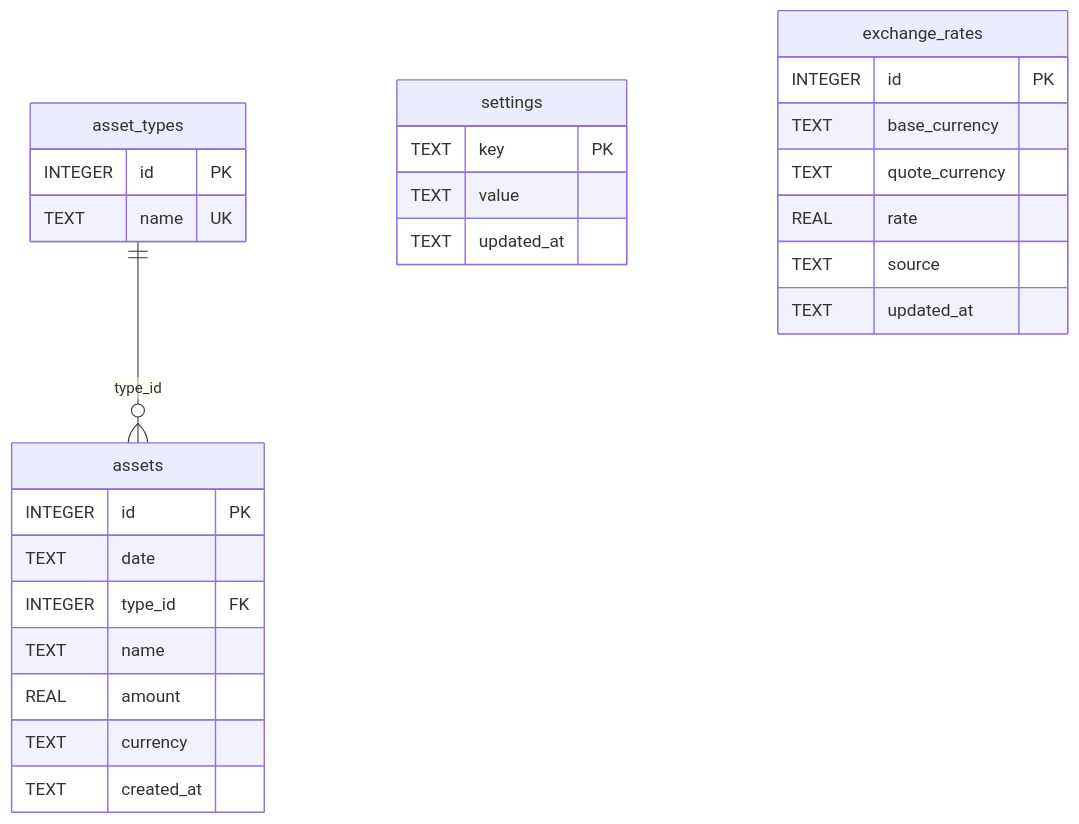
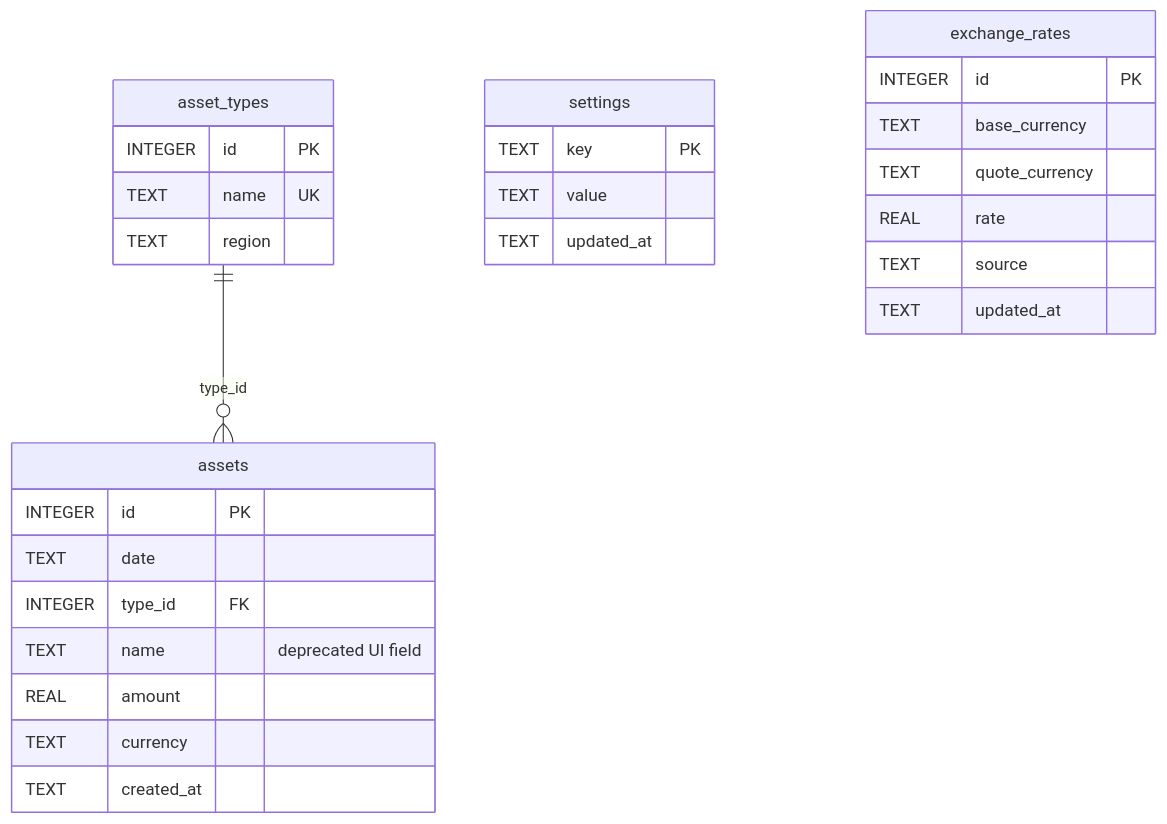
The diagram in docs/03.DDL.md (tonydyb/assets_app), drawn with Mermaid before and after one commit. The commit also changed other lines of this file and 16 other files, not shown here.

````diff
--- a/docs/03.DDL.md
+++ b/docs/03.DDL.md
@@ -31,34 +33,35 @@
 ```mermaid
 erDiagram
   asset_types {
     INTEGER id PK
     TEXT name UK
+    TEXT region
   }
 
   assets {
     INTEGER id PK
     TEXT date
     INTEGER type_id FK
-    TEXT name
+    TEXT name "deprecated UI field"
     REAL amount
     TEXT currency
     TEXT created_at
   }
 
   settings {
     TEXT key PK
     TEXT value
     TEXT updated_at
   }
 
   exchange_rates {
     INTEGER id PK
     TEXT base_currency
     TEXT quote_currency
     REAL rate
     TEXT source
     TEXT updated_at
   }
 
   asset_types ||--o{ assets : "type_id"
 ```
````
